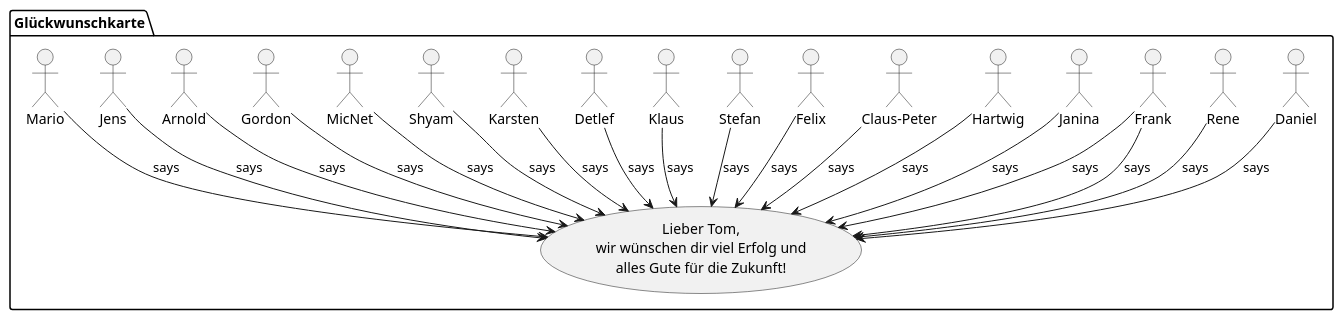
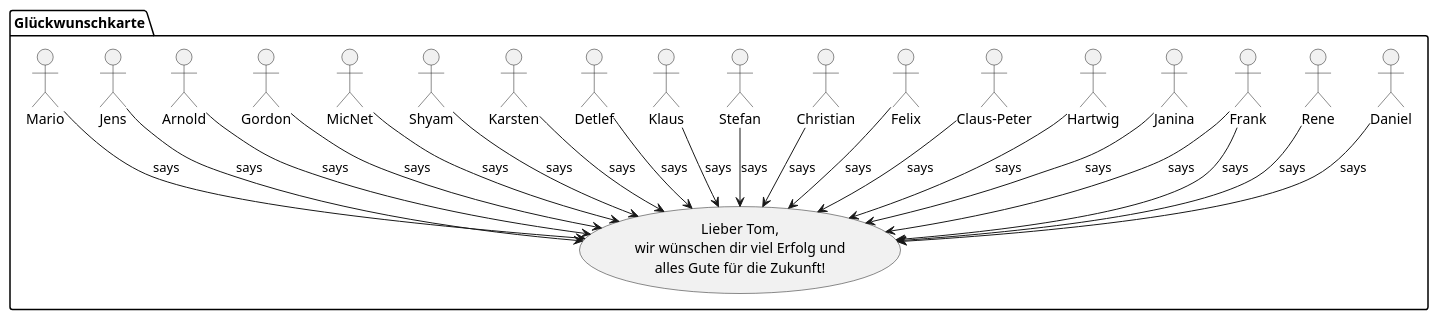
Before and after one commit to dkliem/alles-gute-tom: the diagram in greetings.puml, drawn with PlantUML.

```diff
--- a/greetings.puml
+++ b/greetings.puml
@@ -1,30 +1,31 @@
 @startuml
 folder "Glückwunschkarte" {
     usecase goodbye [
         Lieber Tom,
         wir wünschen dir viel Erfolg und
         alles Gute für die Zukunft!
     ]
 
     :Daniel: --> goodbye: says
     :Rene: --> goodbye: says
     :Frank: --> goodbye: says
     :Janina: --> goodbye: says
     :Hartwig: --> goodbye: says
     :Claus-Peter: --> goodbye: says
     :Felix: --> goodbye: says
+    :Christian: --> goodbye: says
     :Stefan: --> goodbye: says
     :Klaus: --> goodbye: says
     :Detlef: --> goodbye: says
     :Karsten: --> goodbye: says
     :Shyam: --> goodbye: says
     :MicNet: --> goodbye: says
     :Gordon: --> goodbye: says
     :Frank: --> goodbye: says
     :Arnold: --> goodbye: says 
     :Jens: --> goodbye: says
     :Mario: --> goodbye: says
    
     
 }
 @enduml
```
